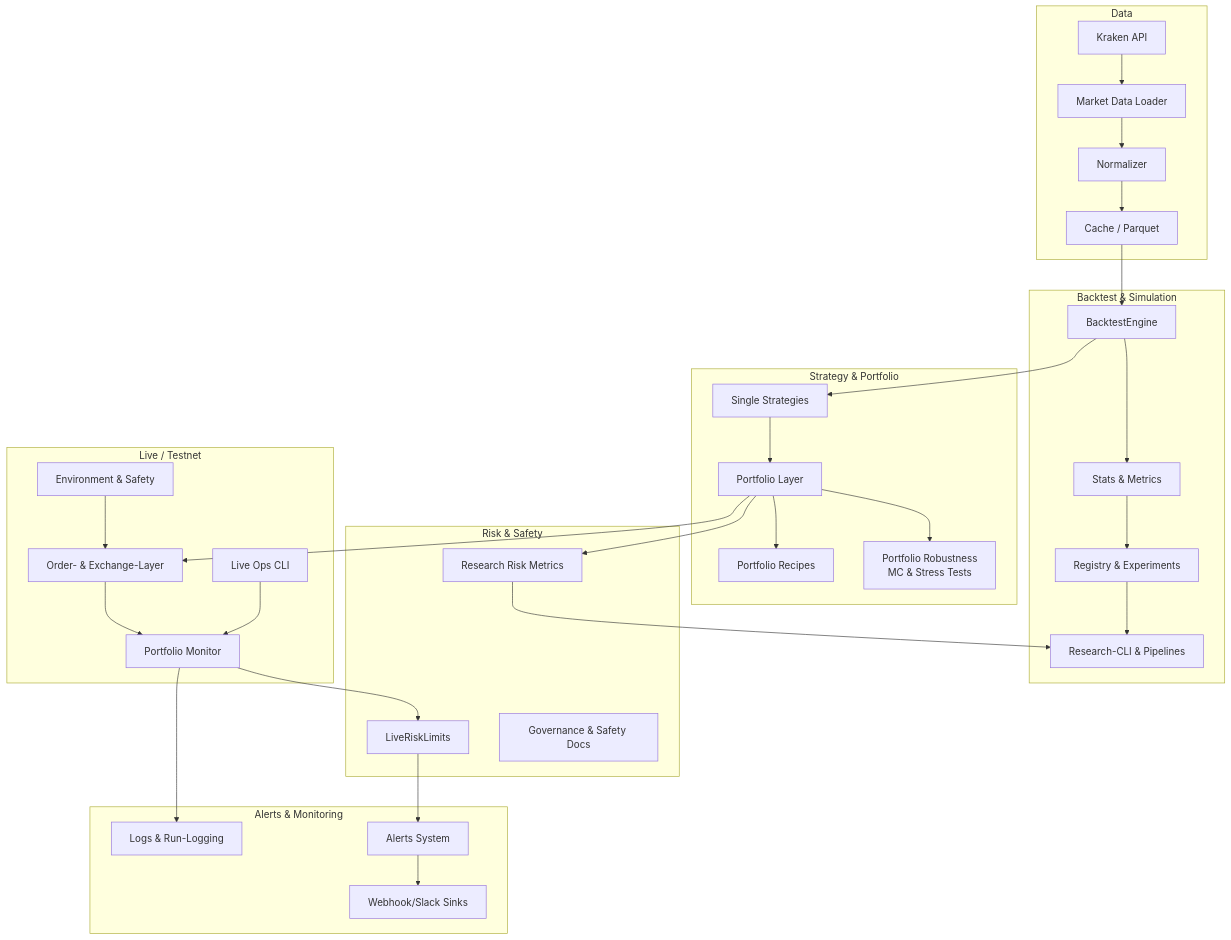
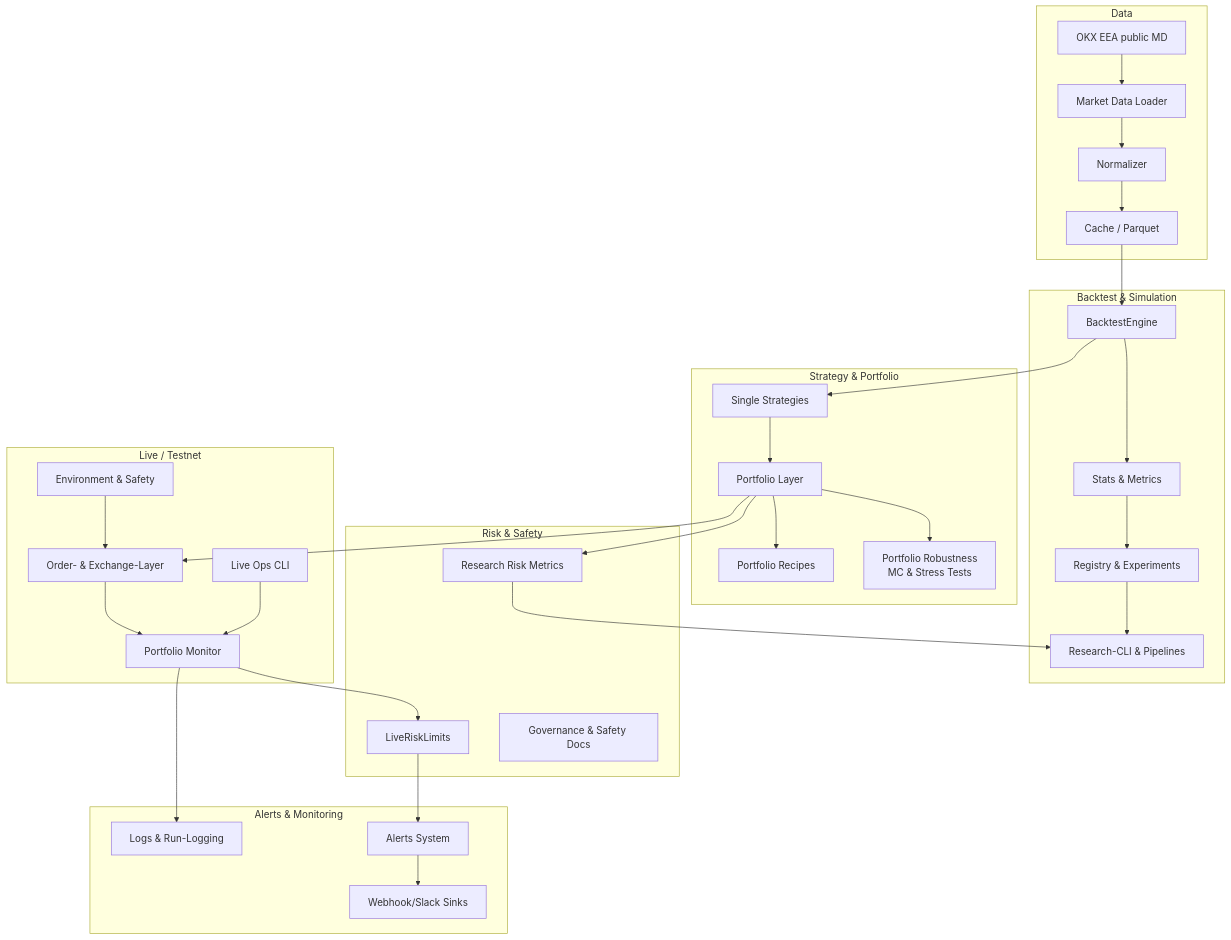
The diagram in docs/ARCHITECTURE_OVERVIEW.md (rauterfrank-ui/Peak_Trade), drawn with Mermaid before and after one commit. The commit also changed other lines of this file and 30 other files, not shown here.

````diff
--- a/docs/ARCHITECTURE_OVERVIEW.md
+++ b/docs/ARCHITECTURE_OVERVIEW.md
@@ -25,58 +25,58 @@
 ```mermaid
 graph TD
     subgraph Data
         D1[Market Data Loader]
         D2[Normalizer]
         D3[Cache / Parquet]
-        D4[Kraken API]
+        D4[OKX EEA public MD]
     end
 
     subgraph Backtest & Simulation
         B1[BacktestEngine]
         B2[Stats & Metrics]
         B3[Registry & Experiments]
         B4[Research-CLI & Pipelines]
     end
 
     subgraph Strategy & Portfolio
         S1[Single Strategies]
         S2[Portfolio Layer]
         S3[Portfolio Robustness<br/>MC & Stress Tests]
         S4[Portfolio Recipes]
     end
 
     subgraph Risk & Safety
         R1[Research Risk Metrics]
         R2[LiveRiskLimits]
         R3[Governance & Safety Docs]
     end
 
     subgraph Live / Testnet
         L1[Environment & Safety]
         L2[Order- & Exchange-Layer]
         L3[Portfolio Monitor]
         L4[Live Ops CLI]
     end
 
     subgraph Alerts & Monitoring
         A1[Alerts System]
         A2[Webhook/Slack Sinks]
         A3[Logs & Run-Logging]
     end
 
     D1 --> D2 --> D3
     D4 --> D1
     D3 --> B1
     B1 --> B2 --> B3 --> B4
     B1 --> S1 --> S2 --> S3
     S2 --> S4
     S2 --> R1
     R1 --> B4
 
     S2 --> L2
     L2 --> L3 --> R2
     R2 --> A1 --> A2
     L3 --> A3
     L1 --> L2
     L4 --> L3
 ```
````
